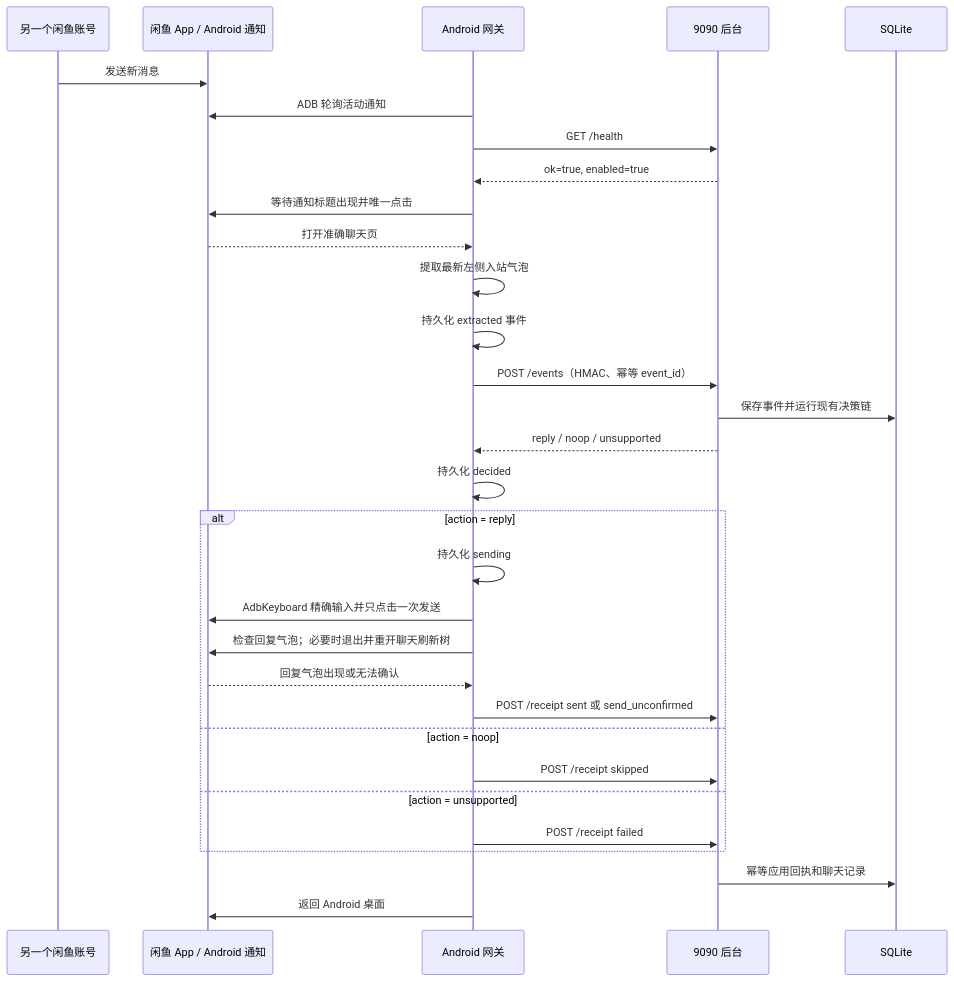
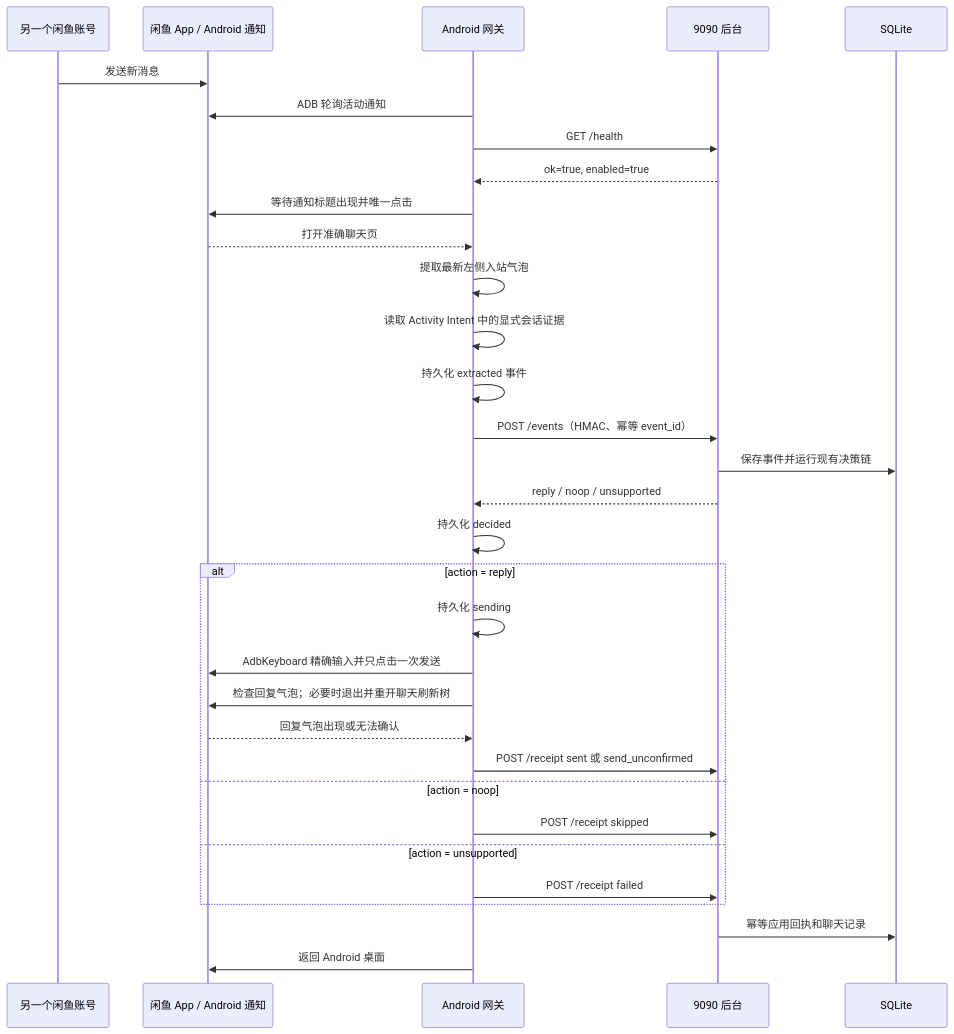
Before and after one commit to kilbertert/XianyuMessageAutomation: the second of 3 diagrams in DESIGN.md, drawn with Mermaid. The commit also changed other lines of this file and 16 other files, not shown here.

````diff
--- a/DESIGN.md
+++ b/DESIGN.md
@@ -74,34 +74,35 @@
 ```mermaid
 sequenceDiagram
     participant B as 另一个闲鱼账号
     participant X as 闲鱼 App / Android 通知
     participant G as Android 网关
     participant S as 9090 后台
     participant D as SQLite
 
     B->>X: 发送新消息
     G->>X: ADB 轮询活动通知
     G->>S: GET /health
     S-->>G: ok=true, enabled=true
     G->>X: 等待通知标题出现并唯一点击
     X-->>G: 打开准确聊天页
     G->>G: 提取最新左侧入站气泡
+    G->>G: 读取 Activity Intent 中的显式会话证据
     G->>G: 持久化 extracted 事件
     G->>S: POST /events（HMAC、幂等 event_id）
     S->>D: 保存事件并运行现有决策链
     S-->>G: reply / noop / unsupported
     G->>G: 持久化 decided
     alt action = reply
         G->>G: 持久化 sending
         G->>X: AdbKeyboard 精确输入并只点击一次发送
         G->>X: 检查回复气泡；必要时退出并重开聊天刷新树
         X-->>G: 回复气泡出现或无法确认
         G->>S: POST /receipt sent 或 send_unconfirmed
     else action = noop
         G->>S: POST /receipt skipped
     else action = unsupported
         G->>S: POST /receipt failed
     end
     S->>D: 幂等应用回执和聊天记录
     G->>X: 返回 Android 桌面
 ```
````
